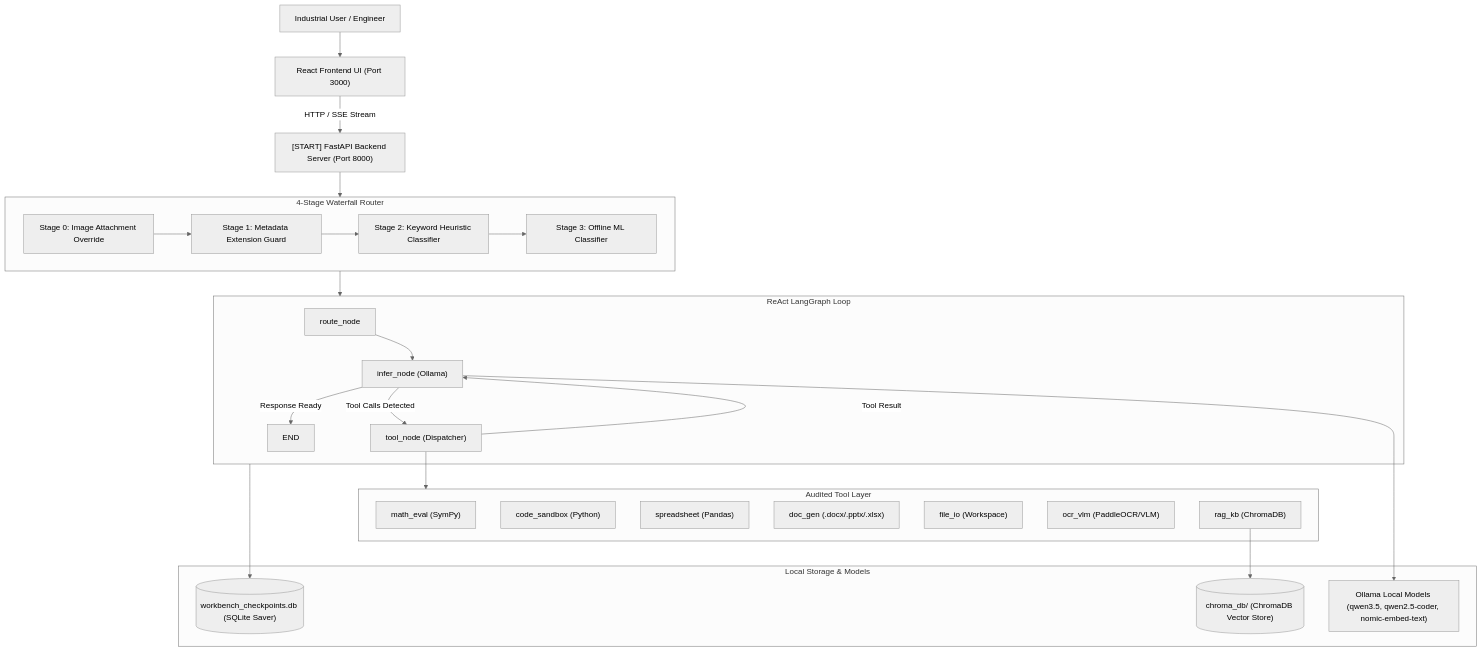
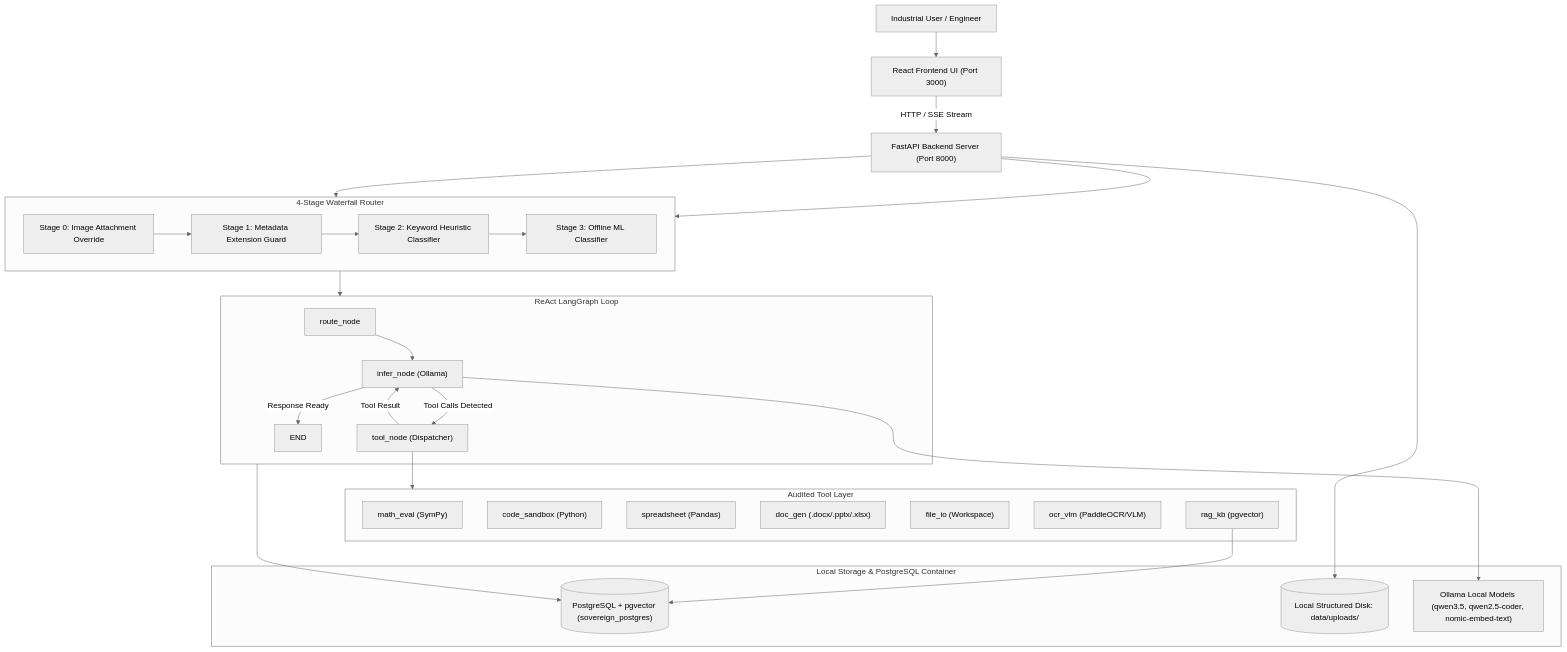
The diagram in README.md (sathwik-anumandla/sovereign-agent), drawn with Mermaid (neutral theme) before and after one commit. The commit also changed other lines of this file and 44 other files, not shown here.

````diff
--- a/README.md
+++ b/README.md
@@ -34,46 +37,48 @@
 ```mermaid
 flowchart TD
     User[" Industrial User / Engineer"] --> UI[" React Frontend UI (Port 3000)"]
-    UI -->|HTTP / SSE Stream| Server["[START] FastAPI Backend Server (Port 8000)"]
+    UI -->|HTTP / SSE Stream| Server[" FastAPI Backend Server (Port 8000)"]
     
     subgraph Router [" 4-Stage Waterfall Router"]
         S0["Stage 0: Image Attachment Override"]
         S1["Stage 1: Metadata Extension Guard"]
         S2["Stage 2: Keyword Heuristic Classifier"]
         S3["Stage 3: Offline ML Classifier"]
         S0 --> S1 --> S2 --> S3
     end
     
     Server --> Router
     
     subgraph ReAct [" ReAct LangGraph Loop"]
         RouteNode["route_node"] --> InferNode["infer_node (Ollama)"]
         InferNode -->|Tool Calls Detected| ToolNode["tool_node (Dispatcher)"]
         ToolNode -->|Tool Result| InferNode
         InferNode -->|Response Ready| EndNode["END"]
     end
     
+    Server --> Router
     Router --> ReAct
     
     subgraph Tools [" Audited Tool Layer"]
         T1["math_eval (SymPy)"]
         T2["code_sandbox (Python)"]
         T3["spreadsheet (Pandas)"]
         T4["doc_gen (.docx/.pptx/.xlsx)"]
         T5["file_io (Workspace)"]
         T6["ocr_vlm (PaddleOCR/VLM)"]
-        T7["rag_kb (ChromaDB)"]
+        T7["rag_kb (pgvector)"]
     end
     
     ToolNode --> Tools
     
-    subgraph Storage [" Local Storage & Models"]
-        DB[("workbench_checkpoints.db (SQLite Saver)")]
-        KB[("chroma_db/ (ChromaDB Vector Store)")]
+    subgraph Storage [" Local Storage & PostgreSQL Container"]
+        DB[("PostgreSQL + pgvector (sovereign_postgres)")]
+        Disk[("Local Structured Disk: data/uploads/")]
         Ollama[" Ollama Local Models (qwen3.5, qwen2.5-coder, nomic-embed-text)"]
     end
     
     ReAct --> DB
-    T7 --> KB
+    T7 --> DB
+    Server --> Disk
     InferNode --> Ollama
 ```
````
